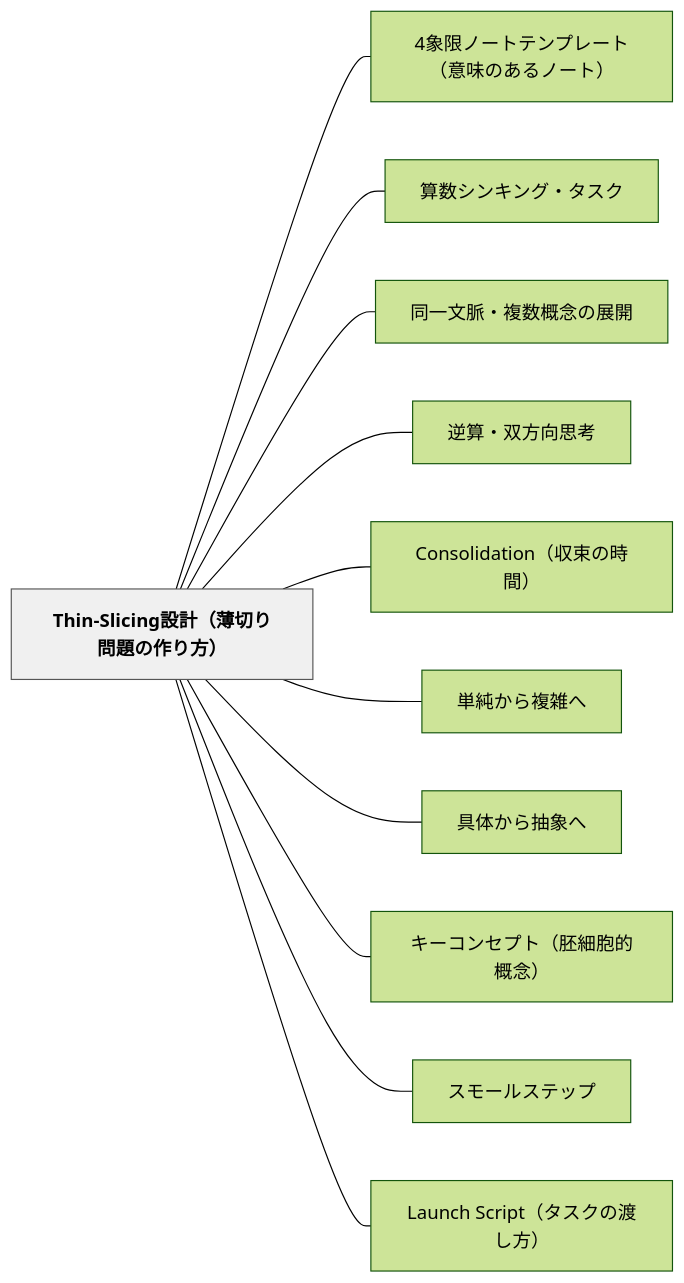
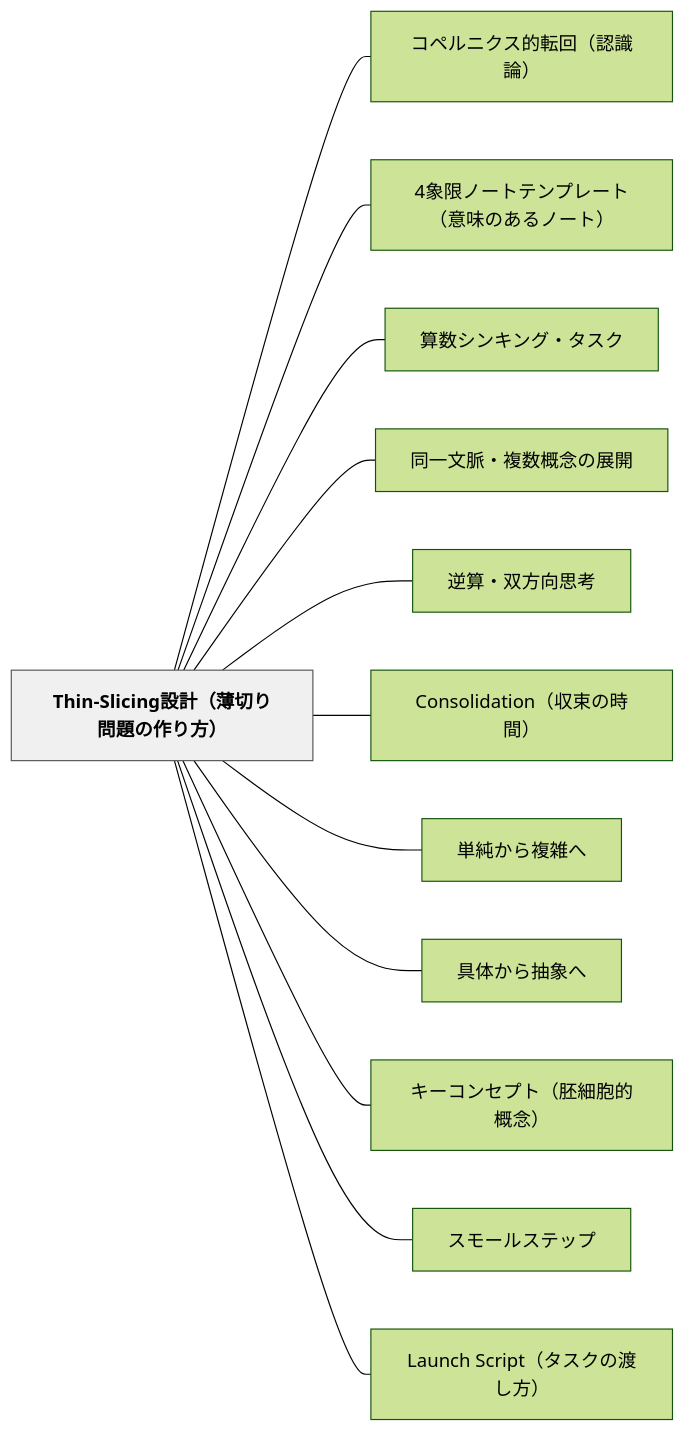
The diagram in content/パタン/Thin-Slicing設計（薄切り問題の作り方）.md (unknownthings-ed-patterns/unknownthings-ed-patterns), drawn with Mermaid (forest theme) before and after one commit. The commit also changed other lines of this file and 1 other file, not shown here.

Commit message:
auto: Obsidianから同期 2026-05-29 21:41

````diff
--- a/content/パタン/Thin-Slicing設計（薄切り問題の作り方）.md
+++ b/content/パタン/Thin-Slicing設計（薄切り問題の作り方）.md
@@ -138,28 +139,30 @@
 ```mermaid
 flowchart LR
     n5468696e2d536c6963696e67e8a8ade8a888efbc88e89684e58887e3828ae5958fe9a18ce381aee4bd9ce3828ae696b9efbc89["Thin-Slicing設計（薄切り問題の作り方）"]
+    ne382b3e3839ae383abe3838be382afe382b9e79a84e8bba2e59b9eefbc88e8aa8de8ad98e8ab96efbc89["コペルニクス的転回（認識論）"]
     n34e8b1a1e99990e3838ee383bce38388e38386e383b3e38397e383ace383bce38388efbc88e6848fe591b3e381aee38182e3828be3838ee383bce38388efbc89["4象限ノートテンプレート（意味のあるノート）"]
     ne7ae97e695b0e382b7e383b3e382ade383b3e382b0e383bbe382bfe382b9e382af["算数シンキング・タスク"]
     ne5908ce4b880e69687e88488e383bbe8a487e695b0e6a682e5bfb5e381aee5b195e9968b["同一文脈・複数概念の展開"]
     ne98086e7ae97e383bbe58f8ce696b9e59091e6809de88083["逆算・双方向思考"]
     n436f6e736f6c69646174696f6eefbc88e58f8ee69d9fe381aee69982e99693efbc89["Consolidation（収束の時間）"]
     ne58d98e7b494e3818be38289e8a487e99b91e381b8["単純から複雑へ"]
     ne585b7e4bd93e3818be38289e68abde8b1a1e381b8["具体から抽象へ"]
     ne382ade383bce382b3e383b3e382bbe38397e38388efbc88e8839ae7b4b0e8839ee79a84e6a682e5bfb5efbc89["キーコンセプト（胚細胞的概念）"]
     ne382b9e383a2e383bce383abe382b9e38386e38383e38397["スモールステップ"]
     n4c61756e636820536372697074efbc88e382bfe382b9e382afe381aee6b8a1e38197e696b9efbc89["Launch Script（タスクの渡し方）"]
 
+    n5468696e2d536c6963696e67e8a8ade8a888efbc88e89684e58887e3828ae5958fe9a18ce381aee4bd9ce3828ae696b9efbc89 --- ne382b3e3839ae383abe3838be382afe382b9e79a84e8bba2e59b9eefbc88e8aa8de8ad98e8ab96efbc89
     n5468696e2d536c6963696e67e8a8ade8a888efbc88e89684e58887e3828ae5958fe9a18ce381aee4bd9ce3828ae696b9efbc89 --- n34e8b1a1e99990e3838ee383bce38388e38386e383b3e38397e383ace383bce38388efbc88e6848fe591b3e381aee38182e3828be3838ee383bce38388efbc89
     n5468696e2d536c6963696e67e8a8ade8a888efbc88e89684e58887e3828ae5958fe9a18ce381aee4bd9ce3828ae696b9efbc89 --- ne7ae97e695b0e382b7e383b3e382ade383b3e382b0e383bbe382bfe382b9e382af
     n5468696e2d536c6963696e67e8a8ade8a888efbc88e89684e58887e3828ae5958fe9a18ce381aee4bd9ce3828ae696b9efbc89 --- ne5908ce4b880e69687e88488e383bbe8a487e695b0e6a682e5bfb5e381aee5b195e9968b
     n5468696e2d536c6963696e67e8a8ade8a888efbc88e89684e58887e3828ae5958fe9a18ce381aee4bd9ce3828ae696b9efbc89 --- ne98086e7ae97e383bbe58f8ce696b9e59091e6809de88083
     n5468696e2d536c6963696e67e8a8ade8a888efbc88e89684e58887e3828ae5958fe9a18ce381aee4bd9ce3828ae696b9efbc89 --- n436f6e736f6c69646174696f6eefbc88e58f8ee69d9fe381aee69982e99693efbc89
     n5468696e2d536c6963696e67e8a8ade8a888efbc88e89684e58887e3828ae5958fe9a18ce381aee4bd9ce3828ae696b9efbc89 --- ne58d98e7b494e3818be38289e8a487e99b91e381b8
     n5468696e2d536c6963696e67e8a8ade8a888efbc88e89684e58887e3828ae5958fe9a18ce381aee4bd9ce3828ae696b9efbc89 --- ne585b7e4bd93e3818be38289e68abde8b1a1e381b8
     n5468696e2d536c6963696e67e8a8ade8a888efbc88e89684e58887e3828ae5958fe9a18ce381aee4bd9ce3828ae696b9efbc89 --- ne382ade383bce382b3e383b3e382bbe38397e38388efbc88e8839ae7b4b0e8839ee79a84e6a682e5bfb5efbc89
     n5468696e2d536c6963696e67e8a8ade8a888efbc88e89684e58887e3828ae5958fe9a18ce381aee4bd9ce3828ae696b9efbc89 --- ne382b9e383a2e383bce383abe382b9e38386e38383e38397
     n5468696e2d536c6963696e67e8a8ade8a888efbc88e89684e58887e3828ae5958fe9a18ce381aee4bd9ce3828ae696b9efbc89 --- n4c61756e636820536372697074efbc88e382bfe382b9e382afe381aee6b8a1e38197e696b9efbc89
 
     classDef hub fill:#f0f0f0,stroke:#555,color:#000,font-weight:bold
     class n5468696e2d536c6963696e67e8a8ade8a888efbc88e89684e58887e3828ae5958fe9a18ce381aee4bd9ce3828ae696b9efbc89 hub
 ```
````
